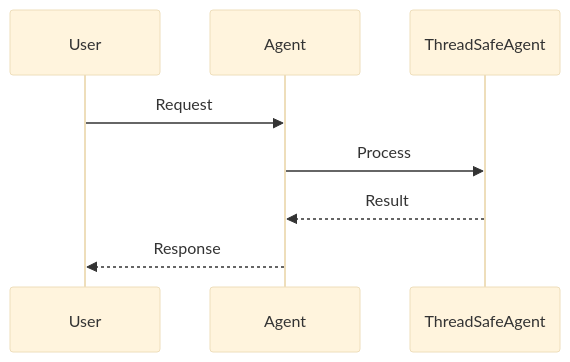
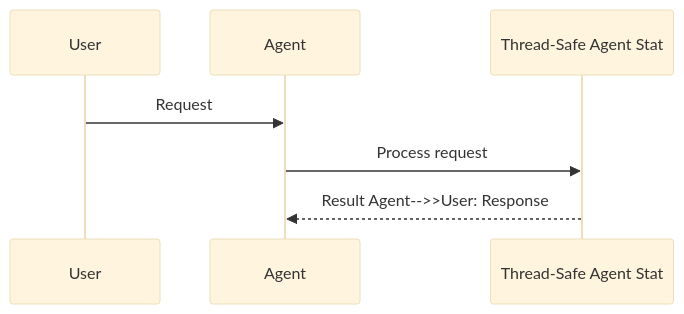
Before and after one commit to MervinPraison/PraisonAIDocs: the second of 5 diagrams in docs/features/thread-safety.mdx, drawn with Mermaid (base theme). The commit also changed 204 other files, not shown here.

First line of the commit message:
docs: align feature/tool pages with AGENTS.md hero + sequence + import standards (fixes #1775)

````diff
--- a/docs/features/thread-safety.mdx
+++ b/docs/features/thread-safety.mdx
@@ -49,11 +49,10 @@
 ```mermaid
 sequenceDiagram
     participant User
     participant Agent
-    participant ThreadSafeAgent
+    participant Feature as Thread-Safe Agent Stat
 
     User->>Agent: Request
-    Agent->>ThreadSafeAgent: Process
-    ThreadSafeAgent-->>Agent: Result
-    Agent-->>User: Response
+    Agent->>Feature: Process request
+    Feature-->>Agent: Result    Agent-->>User: Response
 ```
````
